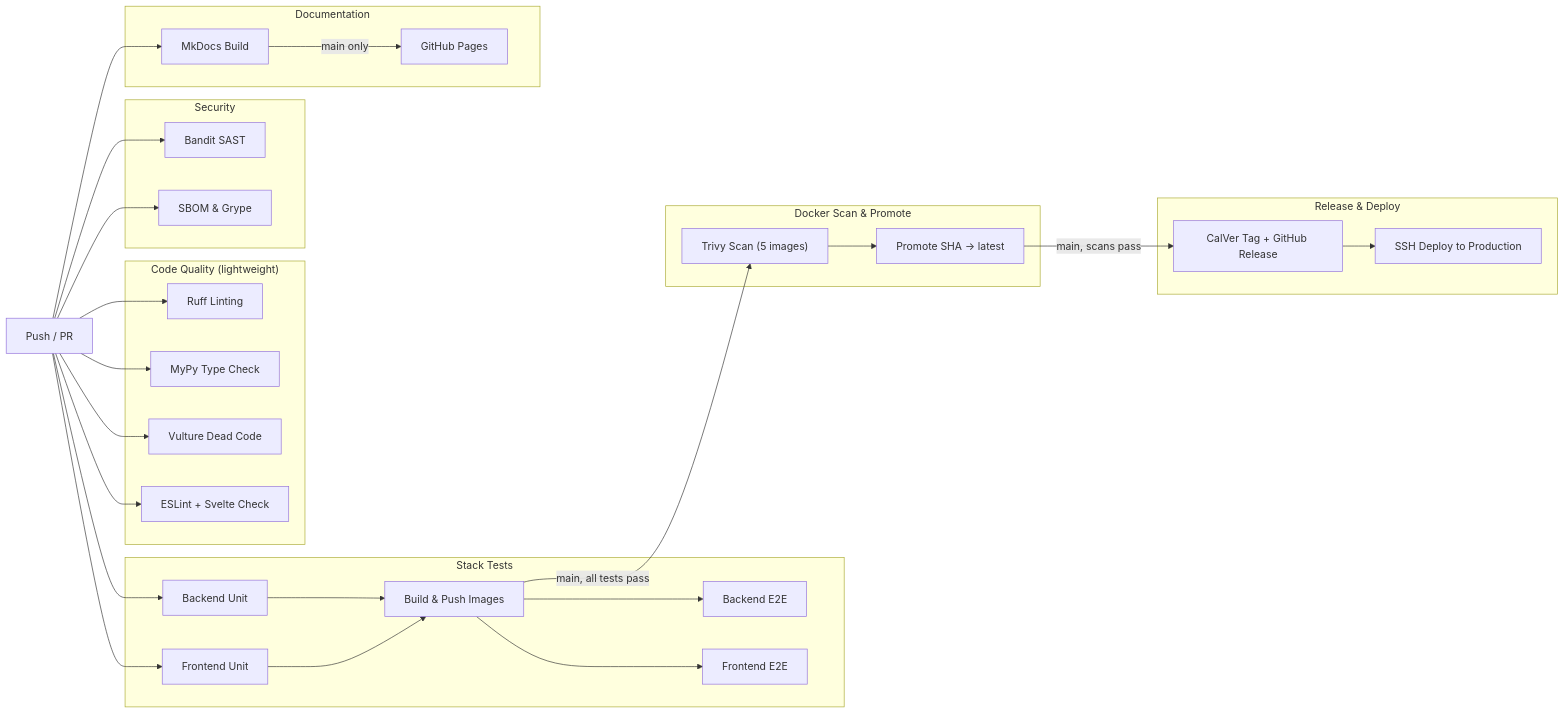
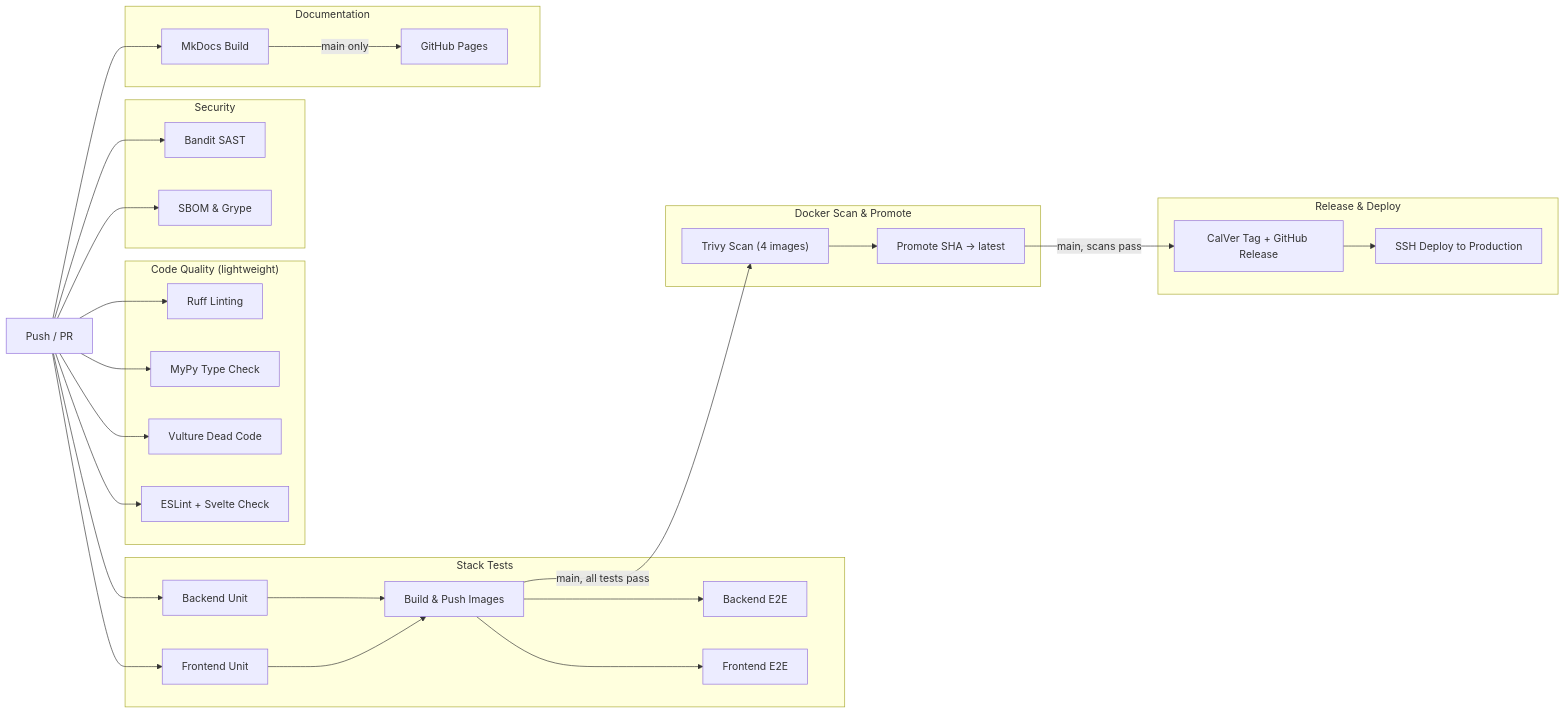
The first of 4 diagrams in docs/operations/cicd.md (HardMax71/Integr8sCode), drawn with Mermaid before and after one commit. The commit also changed other lines of this file and 18 other files, not shown here.

````diff
--- a/docs/operations/cicd.md
+++ b/docs/operations/cicd.md
@@ -9,48 +9,48 @@
 ```mermaid
 graph LR
     subgraph "Code Quality (lightweight)"
         Ruff["Ruff Linting"]
         MyPy["MyPy Type Check"]
         Vulture["Vulture Dead Code"]
         ESLint["ESLint + Svelte Check"]
     end
 
     subgraph "Security"
         Bandit["Bandit SAST"]
         SBOM["SBOM & Grype"]
     end
 
     subgraph "Stack Tests"
         UnitBE["Backend Unit"]
         UnitFE["Frontend Unit"]
         Build["Build & Push Images"]
         E2E_BE["Backend E2E"]
         E2E_FE["Frontend E2E"]
         UnitBE --> Build
         UnitFE --> Build
         Build --> E2E_BE
         Build --> E2E_FE
     end
 
     subgraph "Docker Scan & Promote"
-        Scan["Trivy Scan (5 images)"]
+        Scan["Trivy Scan (4 images)"]
         Promote["Promote SHA → latest"]
         Scan --> Promote
     end
 
     subgraph "Release & Deploy"
         Release["CalVer Tag + GitHub Release"]
         Deploy["SSH Deploy to Production"]
         Release --> Deploy
     end
 
     subgraph "Documentation"
         Docs["MkDocs Build"]
         Pages["GitHub Pages"]
     end
 
     Push["Push / PR"] --> Ruff & MyPy & Vulture & ESLint & Bandit & SBOM & UnitBE & UnitFE & Docs
     Build -->|main, all tests pass| Scan
     Promote -->|main, scans pass| Release
     Docs -->|main only| Pages
 ```
````
